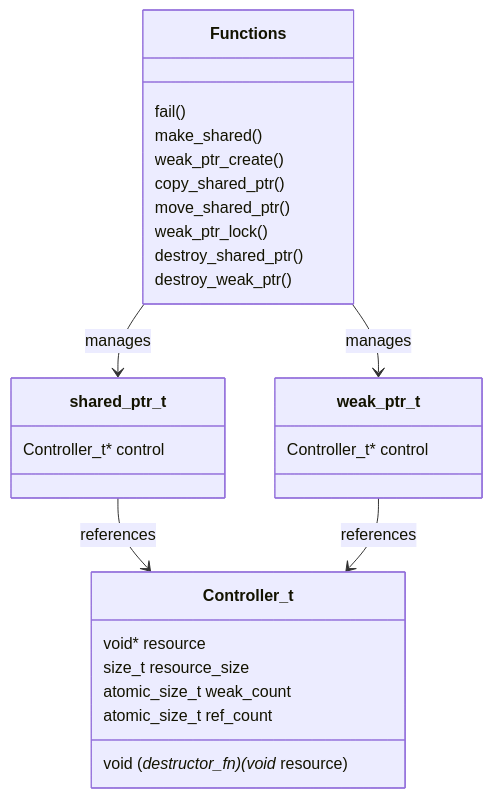
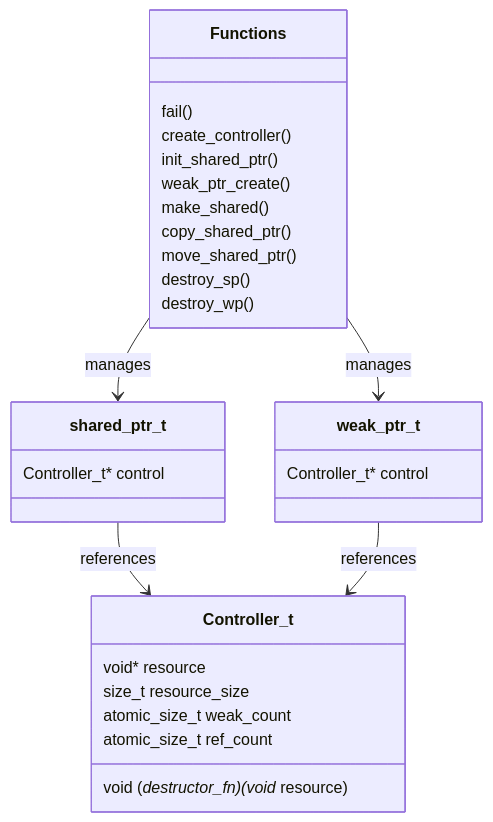
Before and after one commit to lolay92/c-smart-pointer: the diagram in README.md, drawn with Mermaid.

Commit message:
Doc: Update readme file

````diff
--- a/README.md
+++ b/README.md
@@ -15,35 +15,36 @@
 ```mermaid
 classDiagram
     class Controller_t {
         void* resource
         void (*destructor_fn)(void* resource)        
         size_t resource_size
         atomic_size_t weak_count
         atomic_size_t ref_count
     }
     
     class shared_ptr_t {
         Controller_t* control
     }
     
     class weak_ptr_t {
         Controller_t* control
     }
 
     class Functions {
         fail()
+        create_controller()
+        init_shared_ptr()
+        weak_ptr_create()
         make_shared()
-        weak_ptr_create()
         copy_shared_ptr()
         move_shared_ptr()
-        weak_ptr_lock()
-        destroy_shared_ptr()
-        destroy_weak_ptr()
+        destroy_sp()
+        destroy_wp()
     }
     
     shared_ptr_t --> Controller_t : references
     weak_ptr_t --> Controller_t : references
     Functions --> shared_ptr_t : manages
     Functions --> weak_ptr_t : manages
 
 ```
````
